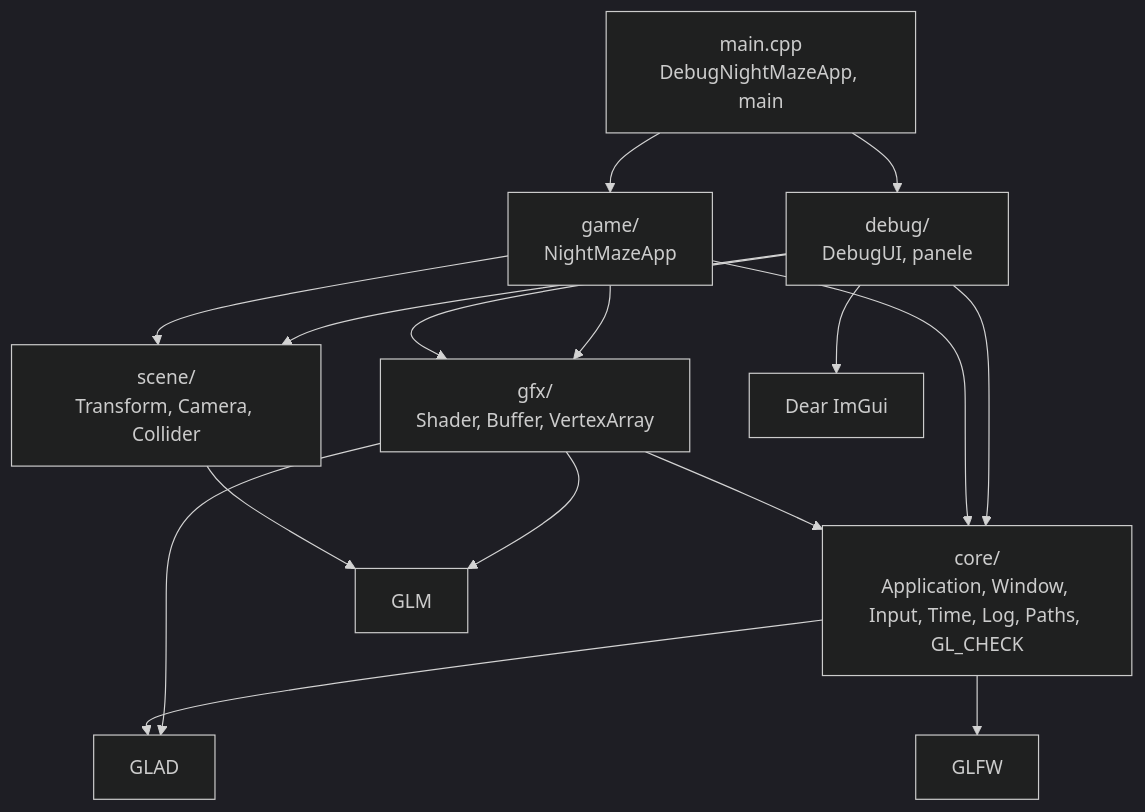
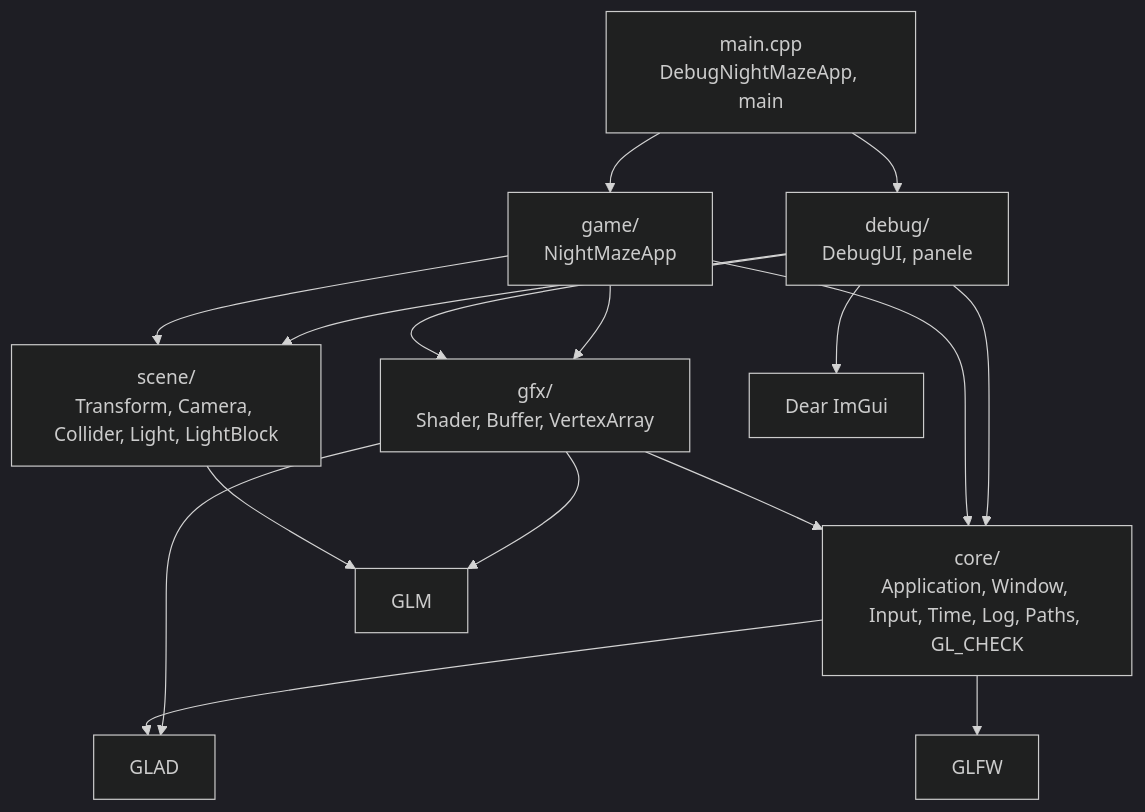
Before and after one commit to Shironex/night-maze: the diagram in docs/modules/scene/README.md, drawn with Mermaid (dark theme). The commit also changed other lines of this file and 52 other files, not shown here.

````diff
--- a/docs/modules/scene/README.md
+++ b/docs/modules/scene/README.md
@@ -62,18 +67,18 @@
 ```mermaid
 flowchart TD
     Main["main.cpp<br/>DebugNightMazeApp, main"] --> Debug["debug/<br/>DebugUI, panele"]
     Main --> Game["game/<br/>NightMazeApp"]
     Debug --> Core["core/<br/>Application, Window, Input, Time, Log, Paths, GL_CHECK"]
     Game --> Core
     Game --> Gfx
     Debug --> Gfx
     Debug --> Scene
     Game --> Scene
     Gfx["gfx/<br/>Shader, Buffer, VertexArray"] --> Core
     Gfx --> Glm
-    Scene["scene/<br/>Transform, Camera, Collider"] --> Glm["GLM"]
+    Scene["scene/<br/>Transform, Camera, Collider, Light, LightBlock"] --> Glm["GLM"]
     Gfx --> Glad["GLAD"]
     Core --> Glad
     Core --> Glfw["GLFW"]
     Debug --> ImGui["Dear ImGui"]
 ```
````
